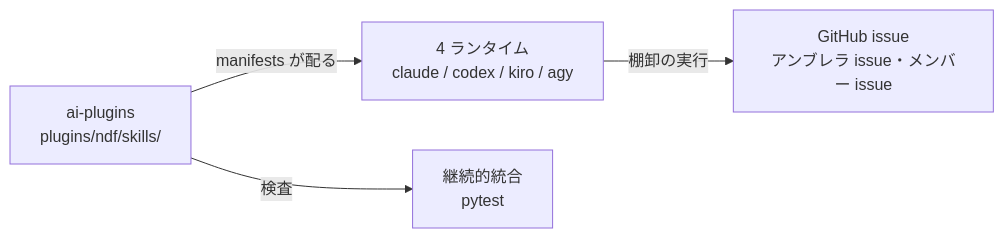
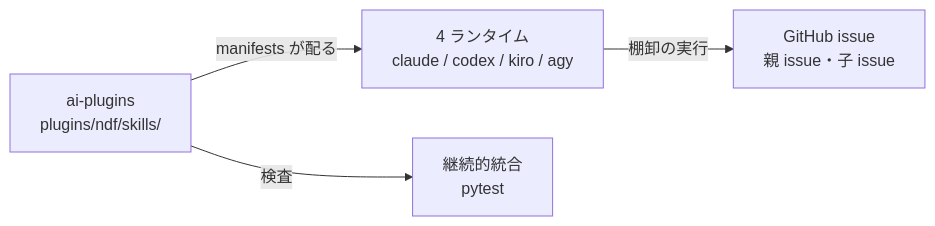
Before and after one commit to devbasex/ai-plugins: the third of 3 diagrams in issues/issue-712-713-design.md, drawn with Mermaid. The commit also changed other lines of this file and 1 other file, not shown here.

First line of the commit message:
Docs: 作る課題を親 issue、判定をクラスタ化と呼ぶ（#712 #713）

````diff
--- a/issues/issue-712-713-design.md
+++ b/issues/issue-712-713-design.md
@@ -272,6 +272,6 @@
 ```mermaid
 graph LR
     REPO["ai-plugins<br/>plugins/ndf/skills/"] -->|manifests が配る| RT["4 ランタイム<br/>claude / codex / kiro / agy"]
-    RT -->|棚卸の実行| GH["GitHub issue<br/>アンブレラ issue・メンバー issue"]
+    RT -->|棚卸の実行| GH["GitHub issue<br/>親 issue・子 issue"]
     REPO -->|検査| CI["継続的統合<br/>pytest"]
 ```
````
